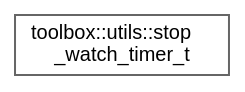
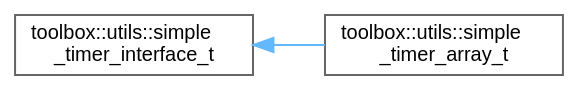
One commit to nerdneilsfield/cpp-toolbox changed the diagram in inherit_graph_75.dot. Above: the diagram before and after it, drawn with Graphviz. The commit also changed 96 other files, not shown here.

```diff
--- a/inherit_graph_75.dot
+++ b/inherit_graph_75.dot
@@ -1,9 +1,11 @@
 digraph "Graphical Class Hierarchy"
 {
  // LATEX_PDF_SIZE
   bgcolor="transparent";
   edge [fontname=Helvetica,fontsize=10,labelfontname=Helvetica,labelfontsize=10];
   node [fontname=Helvetica,fontsize=10,shape=box,height=0.2,width=0.4];
   rankdir="LR";
-  Node0 [id="Node000000",label="toolbox::utils::stop\l_watch_timer_t",height=0.2,width=0.4,color="grey40", fillcolor="white", style="filled",URL="$classtoolbox_1_1utils_1_1stop__watch__timer__t.html",tooltip="A high-resolution stopwatch timer for measuring elapsed time."];
+  Node0 [id="Node000000",label="toolbox::utils::simple\l_timer_interface_t",height=0.2,width=0.4,color="grey40", fillcolor="white", style="filled",URL="$classtoolbox_1_1utils_1_1simple__timer__interface__t.html",tooltip="Interface for managing a collection of timers."];
+  Node0 -> Node1 [id="edge44_Node000000_Node000001",dir="back",color="steelblue1",style="solid",tooltip=" "];
+  Node1 [id="Node000001",label="toolbox::utils::simple\l_timer_array_t",height=0.2,width=0.4,color="grey40", fillcolor="white", style="filled",URL="$classtoolbox_1_1utils_1_1simple__timer__array__t.html",tooltip="Concrete implementation of simple_timer_interface_t using an array of timers."];
 }
```
